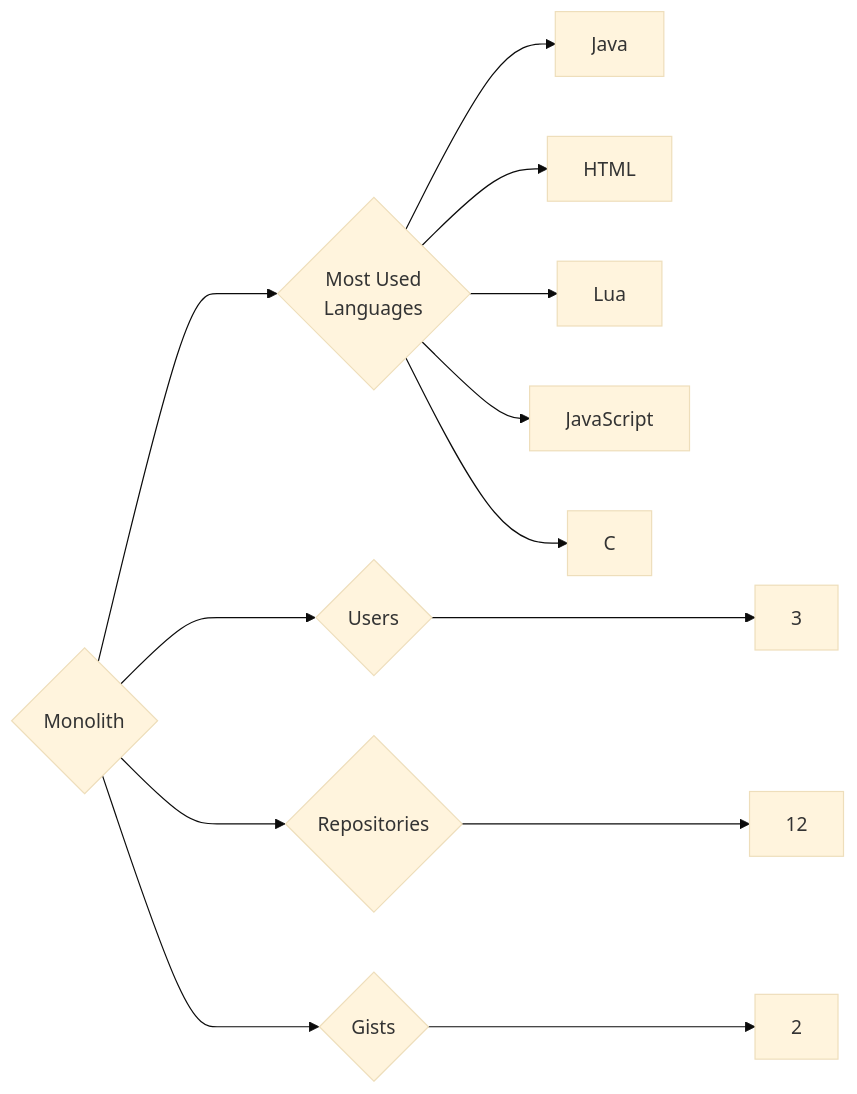
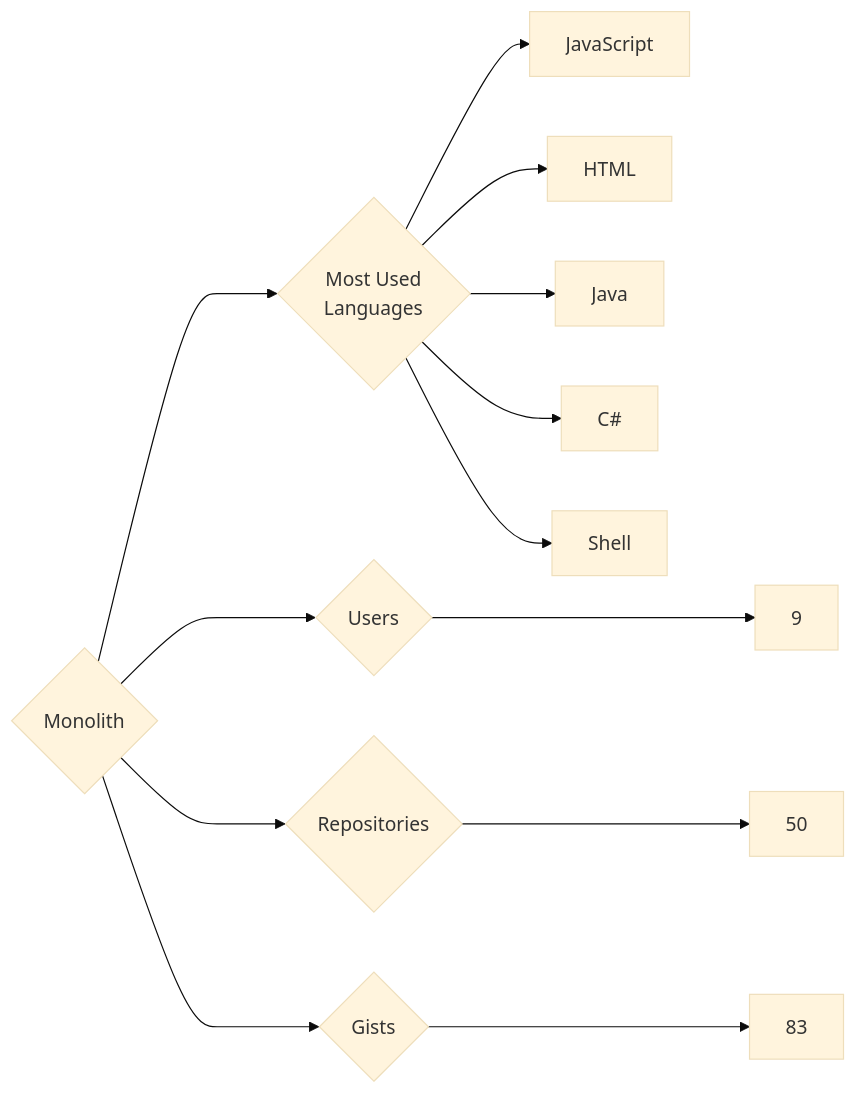
The diagram in targets/Monolith/README.md (trickest/insiders), drawn with Mermaid (base theme) before and after one commit. The commit also changed 1484 other files, not shown here.

````diff
--- a/targets/Monolith/README.md
+++ b/targets/Monolith/README.md
@@ -3,13 +3,13 @@
 ```mermaid
 graph LR
 COMPANY_NAME{Monolith}
-COMPANY_NAME ---> U{Users} ---> UN[3]
-COMPANY_NAME ---> R{Repositories} ---> RN[12]
-COMPANY_NAME ---> G{Gists} ---> GN[2]
+COMPANY_NAME ---> U{Users} ---> UN[9]
+COMPANY_NAME ---> R{Repositories} ---> RN[50]
+COMPANY_NAME ---> G{Gists} ---> GN[83]
 COMPANY_NAME ---> ML{Most Used<br>Languages}
+ML --> JavaScript[JavaScript]
+ML --> HTML[HTML]
 ML --> Java[Java]
-ML --> HTML[HTML]
-ML --> Lua[Lua]
-ML --> JavaScript[JavaScript]
-ML --> C[C]
+ML --> C#[C#]
+ML --> Shell[Shell]
 ```
````
